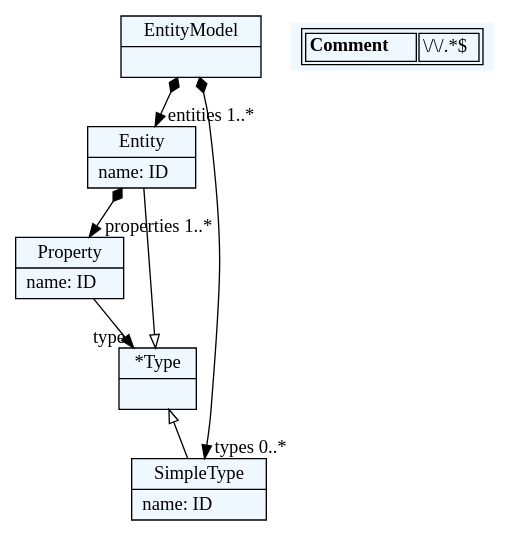
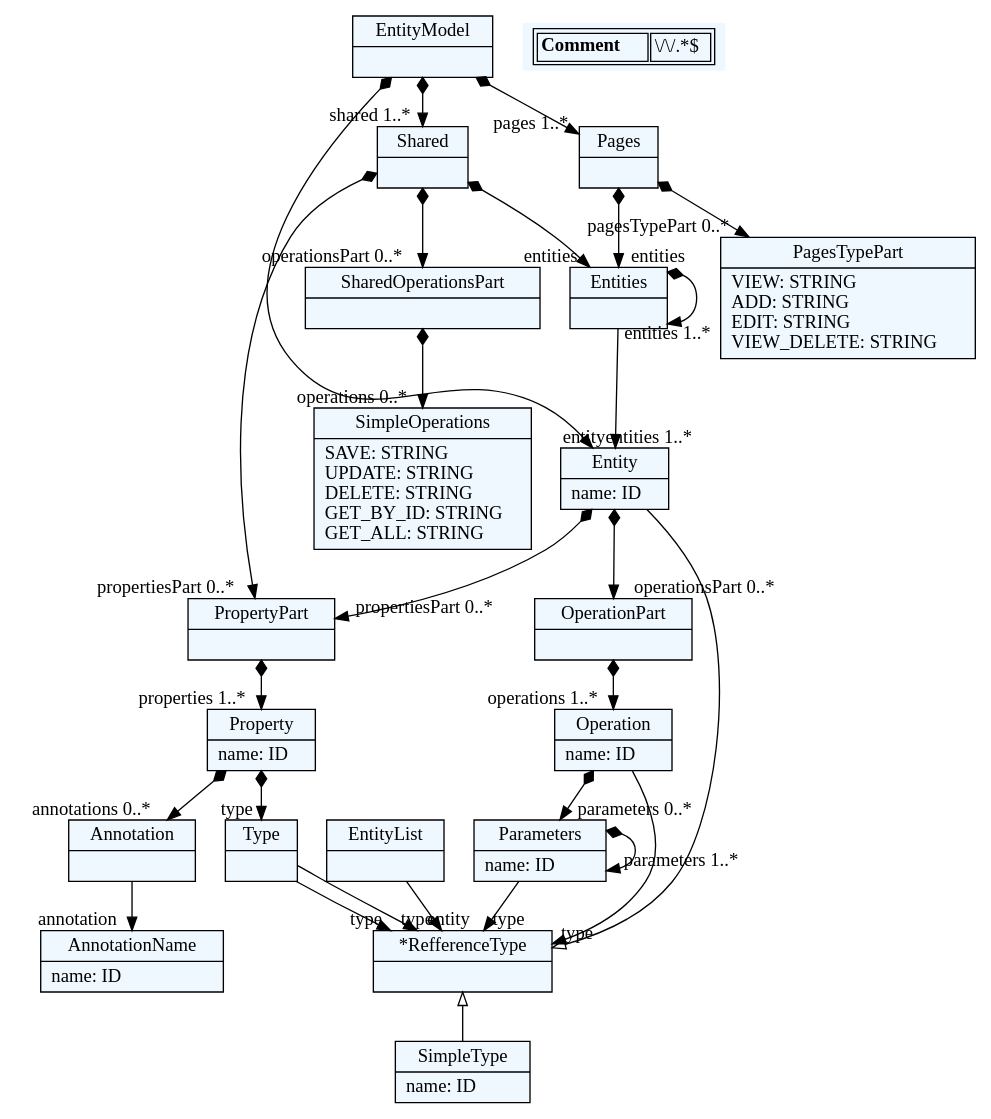
The diagram in dotexport/entity_meta.dot (jelenas97/JSD), drawn with Graphviz before and after one commit. The commit also changed 3 other files, not shown here.

Commit message:
Added pages part

```diff
--- a/dotexport/entity_meta.dot
+++ b/dotexport/entity_meta.dot
@@ -1,39 +1,88 @@
 
     digraph textX {
     fontname = "Bitstream Vera Sans"
     fontsize = 8
     node[
         shape=record,
         style=filled,
         fillcolor=aliceblue
     ]
     nodesep = 0.3
     edge[dir=black,arrowtail=empty]
 
 
-1728645353504[ label="{EntityModel|}"]
+13151216[ label="{EntityModel|}"]
 
-1728645362000[ label="{Entity|name: ID\l}"]
+11003888[ label="{Entity|name: ID\l}"]
 
-1728645365776[ label="{Property|name: ID\l}"]
+13350816[ label="{PropertyPart|}"]
 
-1728645368608[ label="{*Type|}"]
+13356352[ label="{Property|name: ID\l}"]
 
-1728645316688[ label="{SimpleType|name: ID\l}"]
+13361888[ label="{Type|}"]
+
+13367424[ label="{EntityList|}"]
+
+13372960[ label="{Annotation|}"]
+
+13112288[ label="{AnnotationName|name: ID\l}"]
+
+13379088[ label="{*RefferenceType|}"]
+
+13111344[ label="{SimpleType|name: ID\l}"]
+
+13385216[ label="{OperationPart|}"]
+
+13392464[ label="{Operation|name: ID\l}"]
+
+13397408[ label="{Parameters|name: ID\l}"]
+
+13359888[ label="{Shared|}"]
+
+11008832[ label="{SharedOperationsPart|}"]
+
+13342800[ label="{SimpleOperations|SAVE: STRING\lUPDATE: STRING\lDELETE: STRING\lGET_BY_ID: STRING\lGET_ALL: STRING\l}"]
+
+13390464[ label="{Entities|}"]
+
+13378144[ label="{Pages|}"]
+
+11398736[ label="{PagesTypePart|VIEW: STRING\lADD: STRING\lEDIT: STRING\lVIEW_DELETE: STRING\l}"]
 
 
 
-1728645353504 -> 1728645316688[arrowtail=diamond, dir=both, headlabel="types 0..*"]
-1728645353504 -> 1728645362000[arrowtail=diamond, dir=both, headlabel="entities 1..*"]
-1728645362000 -> 1728645365776[arrowtail=diamond, dir=both, headlabel="properties 1..*"]
-1728645365776 -> 1728645368608[headlabel="type "]
-1728645368608 -> 1728645316688 [dir=back]
-1728645368608 -> 1728645362000 [dir=back]
+13151216 -> 11003888[arrowtail=diamond, dir=both, headlabel="entities 1..*"]
+13151216 -> 13359888[arrowtail=diamond, dir=both, headlabel="shared 1..*"]
+13151216 -> 13378144[arrowtail=diamond, dir=both, headlabel="pages 1..*"]
+11003888 -> 13350816[arrowtail=diamond, dir=both, headlabel="propertiesPart 0..*"]
+11003888 -> 13385216[arrowtail=diamond, dir=both, headlabel="operationsPart 0..*"]
+13350816 -> 13356352[arrowtail=diamond, dir=both, headlabel="properties 1..*"]
+13356352 -> 13372960[arrowtail=diamond, dir=both, headlabel="annotations 0..*"]
+13356352 -> 13361888[arrowtail=diamond, dir=both, headlabel="type "]
+13361888 -> 13379088[headlabel="type "]
+13361888 -> 13379088[headlabel="entity "]
+13367424 -> 13379088[headlabel="type "]
+13372960 -> 13112288[headlabel="annotation "]
+13379088 -> 13111344 [dir=back]
+13379088 -> 11003888 [dir=back]
+13385216 -> 13392464[arrowtail=diamond, dir=both, headlabel="operations 1..*"]
+13392464 -> 13397408[arrowtail=diamond, dir=both, headlabel="parameters 0..*"]
+13392464 -> 13379088[headlabel="type "]
+13397408 -> 13379088[headlabel="type "]
+13397408 -> 13397408[arrowtail=diamond, dir=both, headlabel="parameters 1..*"]
+13359888 -> 13390464[arrowtail=diamond, dir=both, headlabel="entities "]
+13359888 -> 13350816[arrowtail=diamond, dir=both, headlabel="propertiesPart 0..*"]
+13359888 -> 11008832[arrowtail=diamond, dir=both, headlabel="operationsPart 0..*"]
+11008832 -> 13342800[arrowtail=diamond, dir=both, headlabel="operations 0..*"]
+13390464 -> 11003888[headlabel="entity "]
+13390464 -> 13390464[arrowtail=diamond, dir=both, headlabel="entities 1..*"]
+13378144 -> 13390464[arrowtail=diamond, dir=both, headlabel="entities "]
+13378144 -> 11398736[arrowtail=diamond, dir=both, headlabel="pagesTypePart 0..*"]
 match_rules [ shape=plaintext, label=< <table>
 	<tr>
 		<td><b>Comment</b></td><td>\/\/.*$</td>
 	</tr>
 </table> >]
 
 
 }
```
